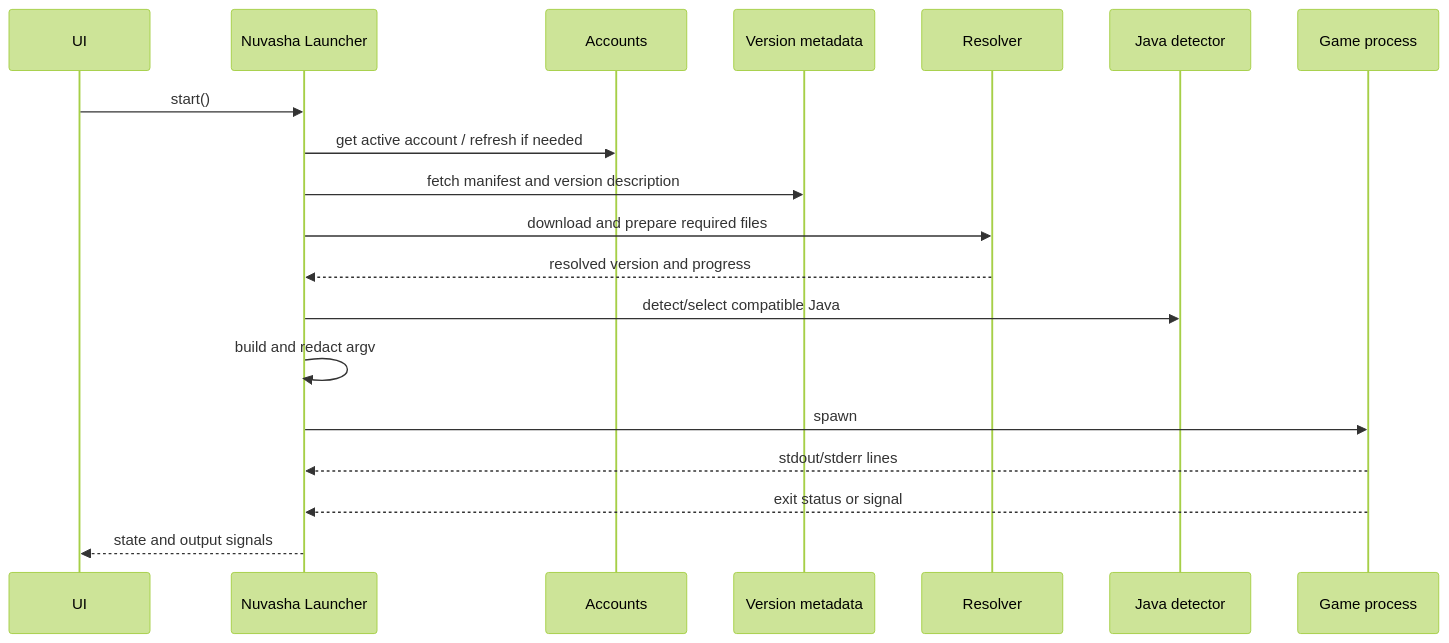
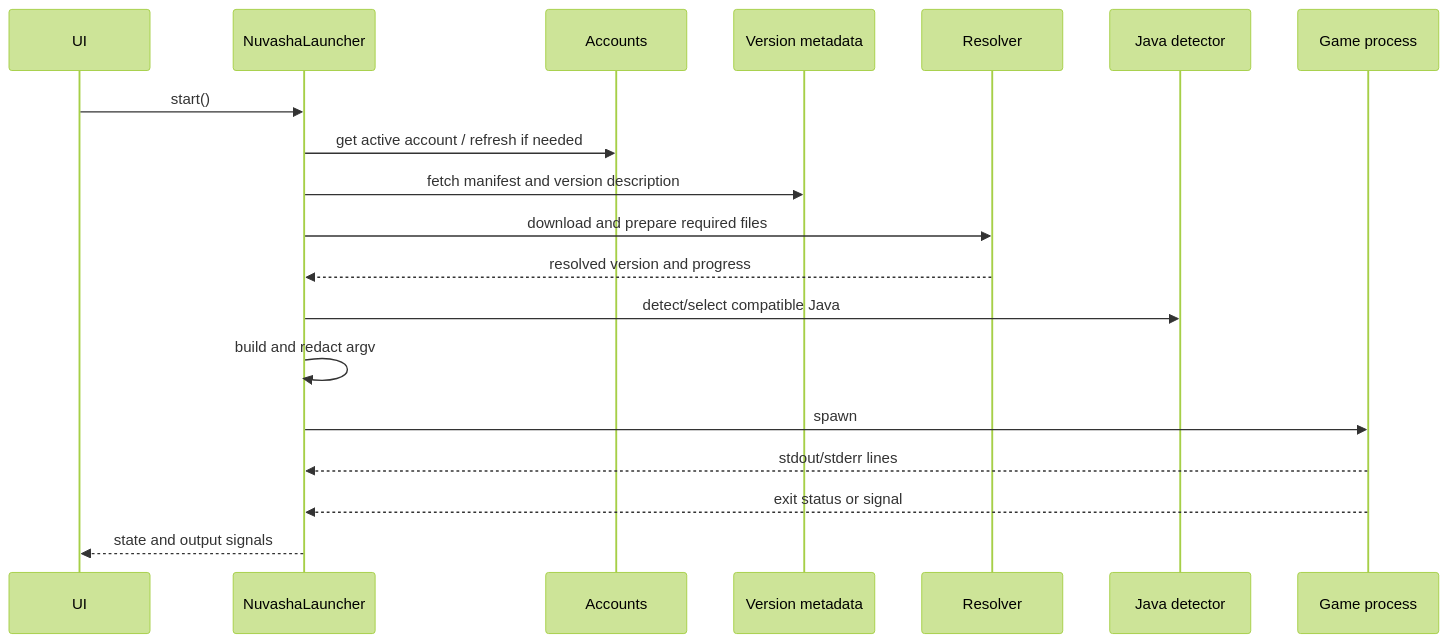
Before and after one commit to NuvashaLauncher/NuvashaLauncher: the third of 3 diagrams in docs/architecture.md, drawn with Mermaid (forest theme). The commit also changed other lines of this file and 8 other files, not shown here.

Commit message:
Optimize CI jobs, tests, packaging, and sync docs/architecture.md

````diff
--- a/docs/architecture.md
+++ b/docs/architecture.md
@@ -401,22 +408,22 @@
 ```mermaid
 sequenceDiagram
     participant UI
-    participant L as Nuvasha Launcher
+    participant L as NuvashaLauncher
     participant A as Accounts
     participant V as Version metadata
     participant R as Resolver
     participant J as Java detector
     participant P as Game process
 
     UI->>L: start()
     L->>A: get active account / refresh if needed
     L->>V: fetch manifest and version description
     L->>R: download and prepare required files
     R-->>L: resolved version and progress
     L->>J: detect/select compatible Java
     L->>L: build and redact argv
     L->>P: spawn
     P-->>L: stdout/stderr lines
     P-->>L: exit status or signal
     L-->>UI: state and output signals
 ```
````
